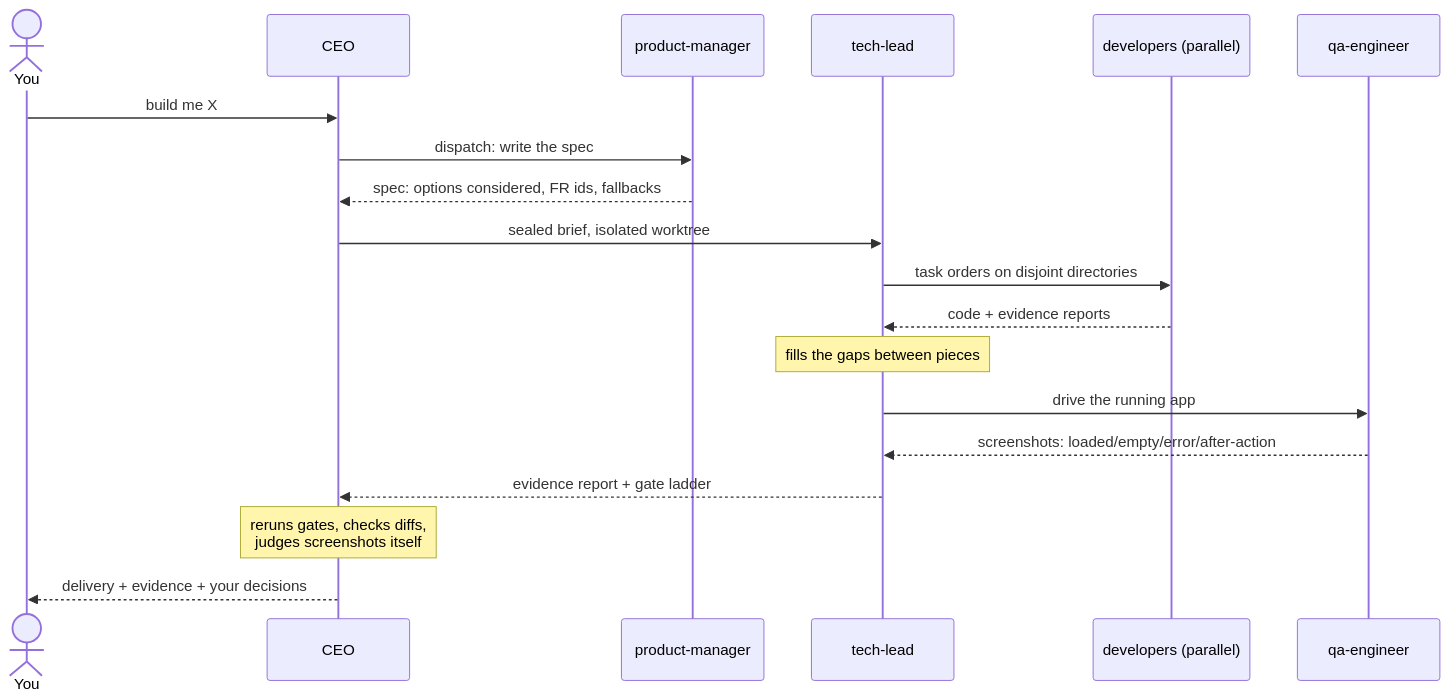
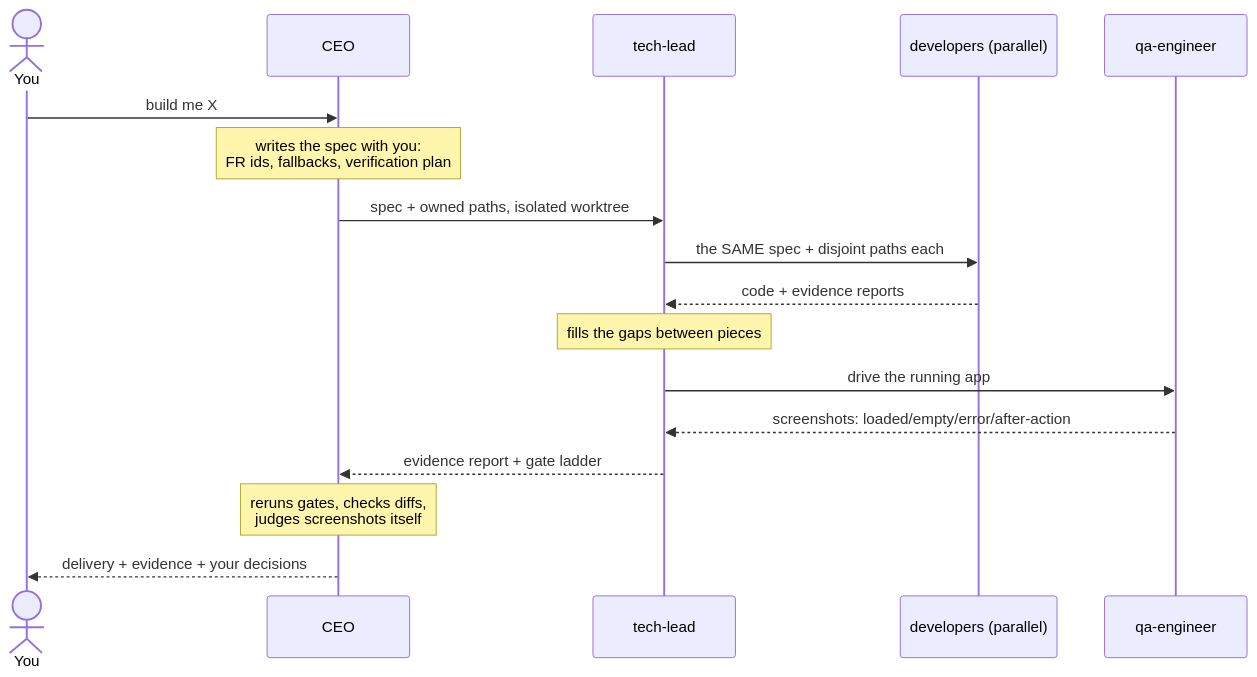
One commit to devmesh-in/claude-company changed the first of 3 diagrams in docs/how-it-works.md. Above: the diagram before and after it, drawn with Mermaid. The commit also changed other lines of this file and 25 other files, not shown here.

````diff
--- a/docs/how-it-works.md
+++ b/docs/how-it-works.md
@@ -35,22 +35,20 @@
 ```mermaid
 sequenceDiagram
     actor You
     participant CEO
-    participant PM as product-manager
     participant TL as tech-lead
     participant Dev as developers (parallel)
     participant QA as qa-engineer
 
     You->>CEO: build me X
-    CEO->>PM: dispatch: write the spec
-    PM-->>CEO: spec: options considered, FR ids, fallbacks
-    CEO->>TL: sealed brief, isolated worktree
-    TL->>Dev: task orders on disjoint directories
+    Note over CEO: writes the spec with you:<br>FR ids, fallbacks, verification plan
+    CEO->>TL: spec + owned paths, isolated worktree
+    TL->>Dev: the SAME spec + disjoint paths each
     Dev-->>TL: code + evidence reports
     Note over TL: fills the gaps between pieces
     TL->>QA: drive the running app
     QA-->>TL: screenshots: loaded/empty/error/after-action
     TL-->>CEO: evidence report + gate ladder
     Note over CEO: reruns gates, checks diffs,<br>judges screenshots itself
     CEO-->>You: delivery + evidence + your decisions
 ```
````
